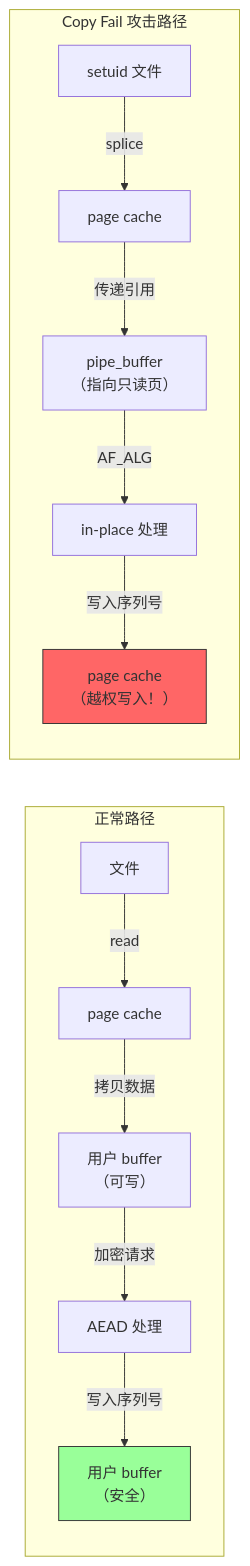
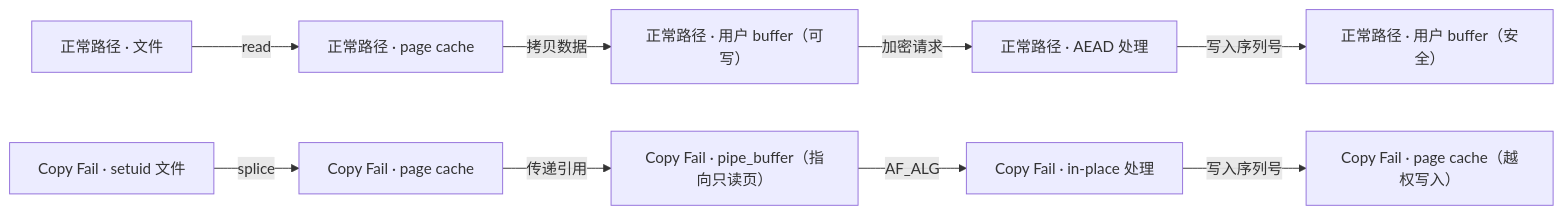
One commit to HONGLEI111/hhlblog-global changed the second of 2 diagrams in src/content/posts/copy-fail-cve-2026-31431.md. Above: the diagram before and after it, drawn with Mermaid. The commit also changed other lines of this file and 295 other files, not shown here.

````diff
--- a/src/content/posts/copy-fail-cve-2026-31431.md
+++ b/src/content/posts/copy-fail-cve-2026-31431.md
@@ -170,19 +154,12 @@
 ```mermaid
 flowchart LR
-    subgraph 正常路径
-        N1["文件"] -->|read| N2["page cache"]
-        N2 -->|拷贝数据| N3["用户 buffer<br/>（可写）"]
-        N3 -->|加密请求| N4["AEAD 处理"]
-        N4 -->|写入序列号| N5["用户 buffer<br/>（安全）"]
-    end
+    N1["正常路径 · 文件"] -->|read| N2["正常路径 · page cache"]
+    N2 -->|拷贝数据| N3["正常路径 · 用户 buffer（可写）"]
+    N3 -->|加密请求| N4["正常路径 · AEAD 处理"]
+    N4 -->|写入序列号| N5["正常路径 · 用户 buffer（安全）"]
 
-    subgraph Copy Fail 攻击路径
-        P1["setuid 文件"] -->|splice| P2["page cache"]
-        P2 -->|传递引用| P3["pipe_buffer<br/>（指向只读页）"]
-        P3 -->|AF_ALG| P4["in-place 处理"]
-        P4 -->|写入序列号| P5["page cache<br/>（越权写入！）"]
-    end
-
-    style N5 fill:#9f9,stroke:#333
-    style P5 fill:#f66,stroke:#333
+    P1["Copy Fail · setuid 文件"] -->|splice| P2["Copy Fail · page cache"]
+    P2 -->|传递引用| P3["Copy Fail · pipe_buffer（指向只读页）"]
+    P3 -->|AF_ALG| P4["Copy Fail · in-place 处理"]
+    P4 -->|写入序列号| P5["Copy Fail · page cache（越权写入）"]
 ```
````
